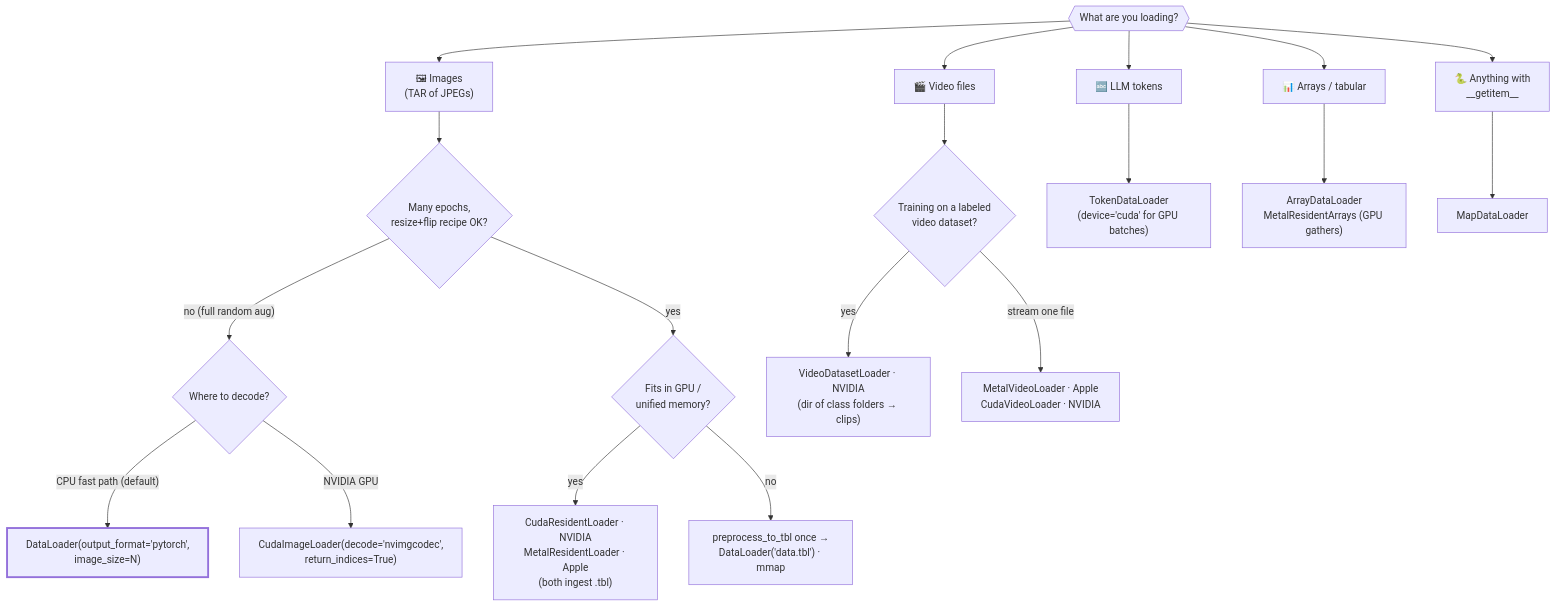
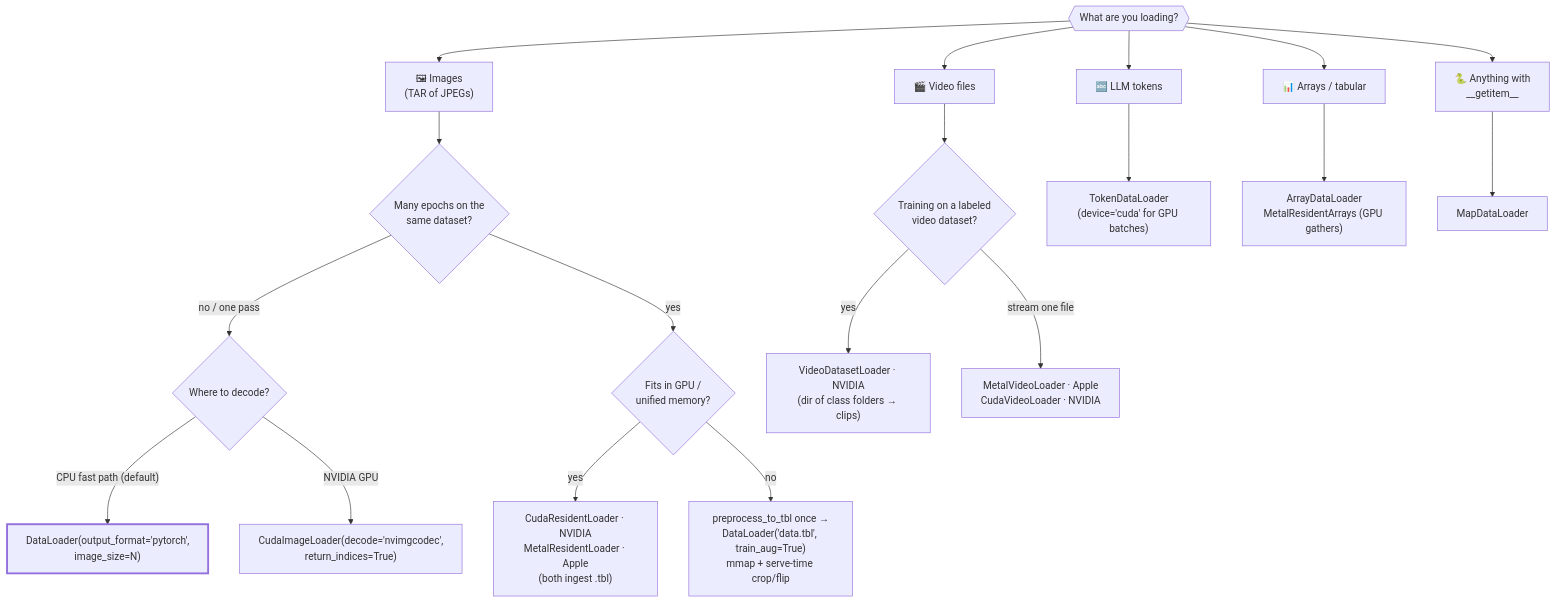
One commit to ALJainProjects/TurboLoader changed the second of 3 diagrams in README.md. Above: the diagram before and after it, drawn with Mermaid. The commit also changed other lines of this file and 29 other files, not shown here.

````diff
--- a/README.md
+++ b/README.md
@@ -43,25 +43,25 @@
 ```mermaid
 flowchart TD
     S{{"What are you loading?"}}
     S --> IMG["🖼 Images<br/>(TAR of JPEGs)"]
     S --> VID["🎬 Video files"]
     S --> TOK["🔤 LLM tokens"]
     S --> ARR["📊 Arrays / tabular"]
     S --> ANY["🐍 Anything with<br/>__getitem__"]
 
-    IMG --> Q0{"Many epochs,<br/>resize+flip recipe OK?"}
-    Q0 -- "no (full random aug)" --> Q2{"Where to decode?"}
+    IMG --> Q0{"Many epochs on the<br/>same dataset?"}
+    Q0 -- "no / one pass" --> Q2{"Where to decode?"}
     Q0 -- yes --> Q1{"Fits in GPU /<br/>unified memory?"}
     Q1 -- yes --> RES["CudaResidentLoader · NVIDIA<br/>MetalResidentLoader · Apple<br/>(both ingest .tbl)"]
-    Q1 -- no --> TBL["preprocess_to_tbl once →<br/>DataLoader('data.tbl') · mmap"]
+    Q1 -- no --> TBL["preprocess_to_tbl once →<br/>DataLoader('data.tbl', train_aug=True)<br/>mmap + serve-time crop/flip"]
     Q2 -- "CPU fast path (default)" --> DL["DataLoader(output_format='pytorch',<br/>image_size=N)"]
     Q2 -- "NVIDIA GPU" --> CIL["CudaImageLoader(decode='nvimgcodec',<br/>return_indices=True)"]
     VID --> QV{"Training on a labeled<br/>video dataset?"}
     QV -- yes --> VDS["VideoDatasetLoader · NVIDIA<br/>(dir of class folders → clips)"]
     QV -- "stream one file" --> MV["MetalVideoLoader · Apple<br/>CudaVideoLoader · NVIDIA"]
     TOK --> TDL["TokenDataLoader<br/>(device='cuda' for GPU batches)"]
     ARR --> ADL["ArrayDataLoader<br/>MetalResidentArrays (GPU gathers)"]
     ANY --> MAP["MapDataLoader"]
 
     style DL stroke-width:3px
 ```
````
